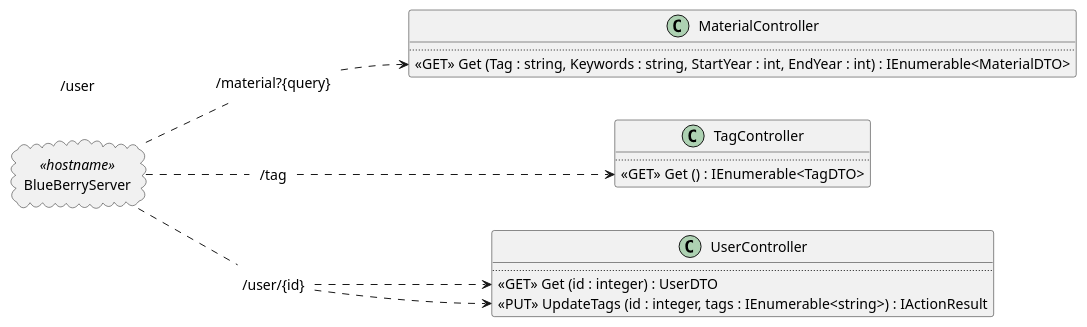
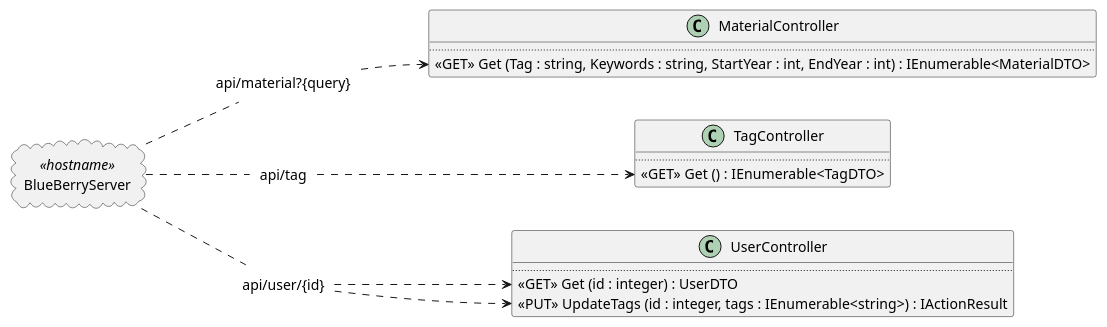
Before and after one commit to toffernator/blueberry: the diagram in docs/uml/controllers.puml, drawn with PlantUML.

Commit message:
Update controller diagram

```diff
--- a/docs/uml/controllers.puml
+++ b/docs/uml/controllers.puml
@@ -1,40 +1,39 @@
 @startuml
 left to right direction
 allowmixing
 
 cloud BlueBerryServer <<hostname>>
 
 class UserController {
   ..
   <<GET>> Get (id : integer) : UserDTO
   <<PUT>> UpdateTags (id : integer, tags : IEnumerable<string>) : IActionResult 
 }
 
 class MaterialController {
   ..
   <<GET>> Get (Tag : string, Keywords : string, StartYear : int, EndYear : int) : IEnumerable<MaterialDTO>
 }
 
 class TagController {
   ..
   <<GET>> Get () : IEnumerable<TagDTO>
 }
-label "/material?{query}" as material
+label "api/material?{query}" as material
 
-label "/tag" as tag
+label "api/tag" as tag
 
-label "/user/{id}" as userid
-label "/user" as user
+label "api/user/{id}" as userid
 
 BlueBerryServer -. material
 material -.> MaterialController::Get 
 
 BlueBerryServer -. tag
 tag -.> TagController::Get
 
 
 BlueBerryServer -. userid
 userid -.> UserController::Get   
 userid -.> UserController::UpdateTags
 
 @enduml
```
